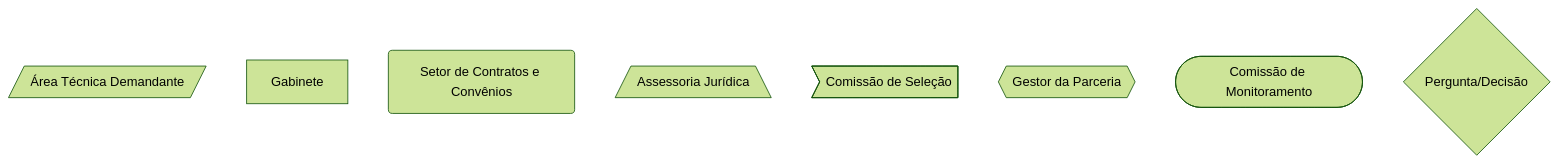
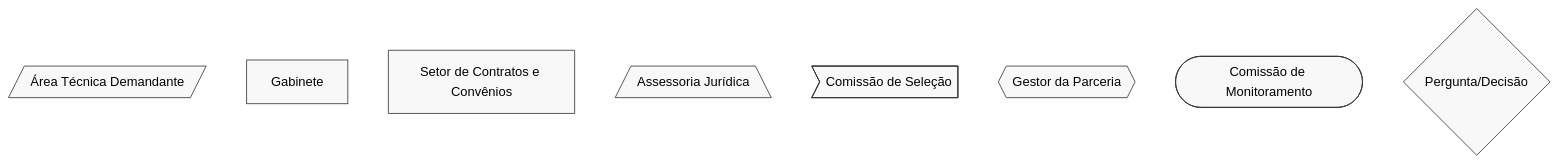
The first of 2 diagrams in docs/parcerias/mrosc/acordo-de-cooperacao.md (iepha-mg/manual.appi), drawn with Mermaid (forest theme) before and after one commit. The commit also changed other lines of this file and 3 other files, not shown here.

````diff
--- a/docs/parcerias/mrosc/acordo-de-cooperacao.md
+++ b/docs/parcerias/mrosc/acordo-de-cooperacao.md
@@ -222,11 +227,14 @@
-<div class="mermaid">
+```mermaid
+    %%{init: { 'flowchart': { 'htmlLabels': true }, 'maxTextSize': 90000 }}%%
 flowchart TD
     A_LEG@{ shape: lean-r, label: "Área Técnica Demandante" }
     B_LEG@{ shape: rect, label: "Gabinete" }
     C_LEG@{ shape: rounded, label: "Setor de Contratos e Convênios" }
     D_LEG@{ shape: trap-b, label: "Assessoria Jurídica" }
     E_LEG@{ shape: odd, label: "Comissão de Seleção" }
     F_LEG@{ shape: hex, label: "Gestor da Parceria" }
     G_LEG@{ shape: stadium, label: "Comissão de Monitoramento" }
     H_LEG@{ shape: diamond, label: "Pergunta/Decisão" }
-</div>
+
+        classDef default stroke:#333,stroke-width:1px,fill:#f8f8f8,rx:0,ry:6font-size:20px;
+```
````
